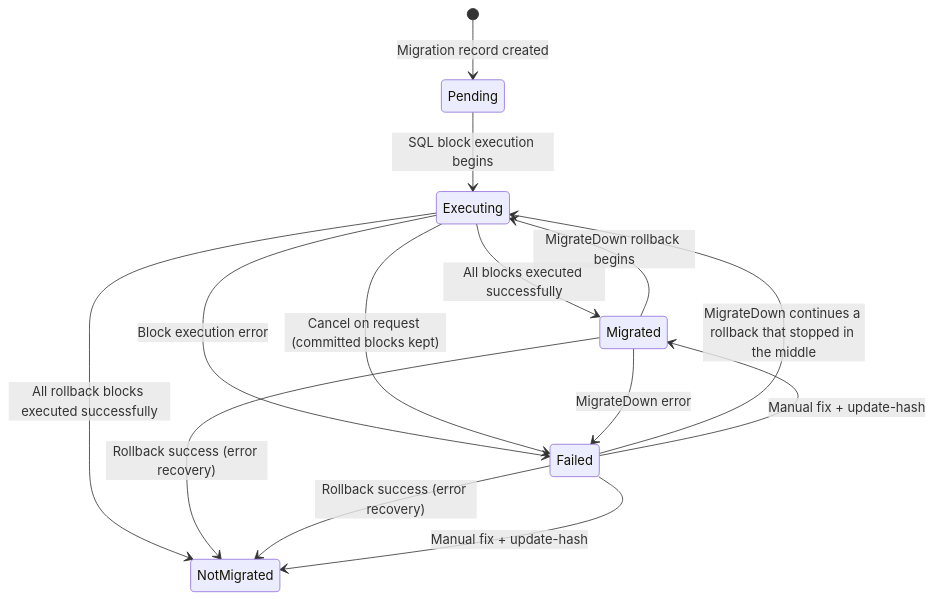
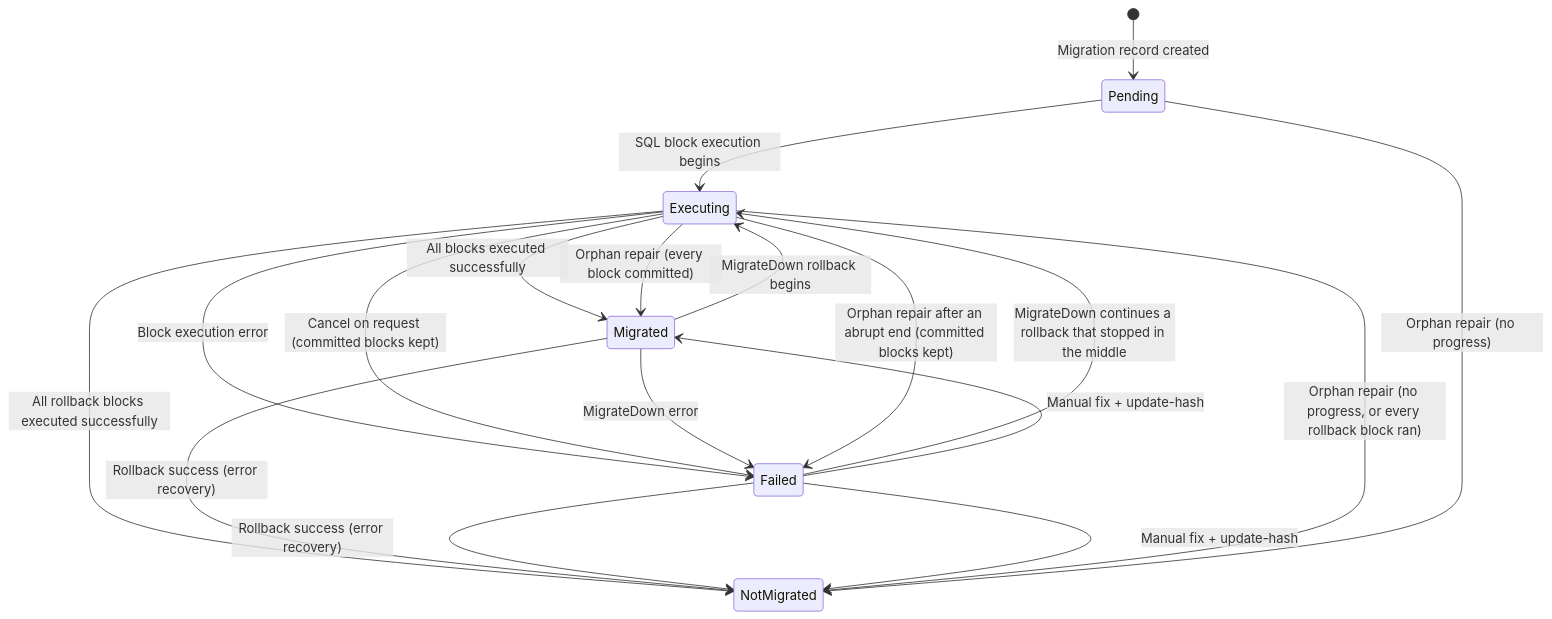
The first of 6 diagrams in Docs/02-core-concepts/migration-state-machine.md (RAYCOON/RayMigrator), drawn with Mermaid before and after one commit. The commit also changed other lines of this file and 71 other files, not shown here.

````diff
--- a/Docs/02-core-concepts/migration-state-machine.md
+++ b/Docs/02-core-concepts/migration-state-machine.md
@@ -14,20 +14,25 @@
 ```mermaid
 stateDiagram-v2
     [*] --> Pending: Migration record created
 
     Pending --> Executing: SQL block execution begins
     Executing --> Migrated: All blocks executed successfully
     Executing --> Failed: Block execution error
     Executing --> Failed: Cancel on request (committed blocks kept)
 
     Migrated --> Executing: MigrateDown rollback begins
     Executing --> NotMigrated: All rollback blocks executed successfully
     Migrated --> Failed: MigrateDown error
     Failed --> Executing: MigrateDown continues a rollback that stopped in the middle
 
     Migrated --> NotMigrated: Rollback success (error recovery)
 
     Failed --> NotMigrated: Rollback success (error recovery)
     Failed --> NotMigrated: Manual fix + update-hash
     Failed --> Migrated: Manual fix + update-hash
+
+    Executing --> Failed: Orphan repair after an abrupt end (committed blocks kept)
+    Executing --> Migrated: Orphan repair (every block committed)
+    Executing --> NotMigrated: Orphan repair (no progress, or every rollback block ran)
+    Pending --> NotMigrated: Orphan repair (no progress)
 ```
````
